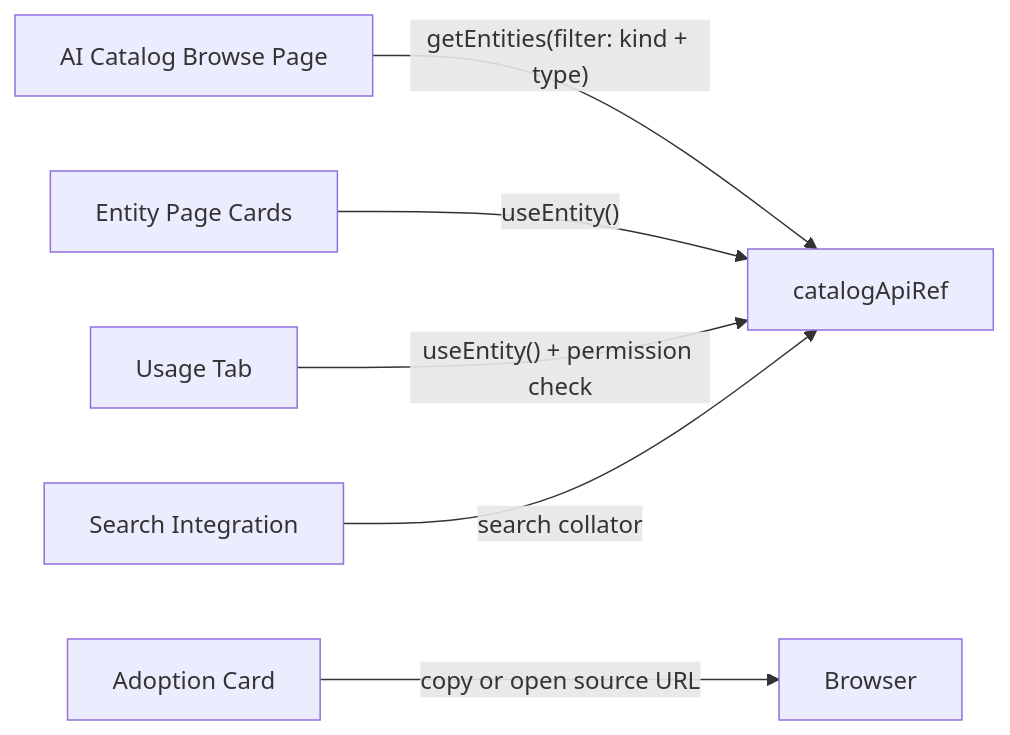
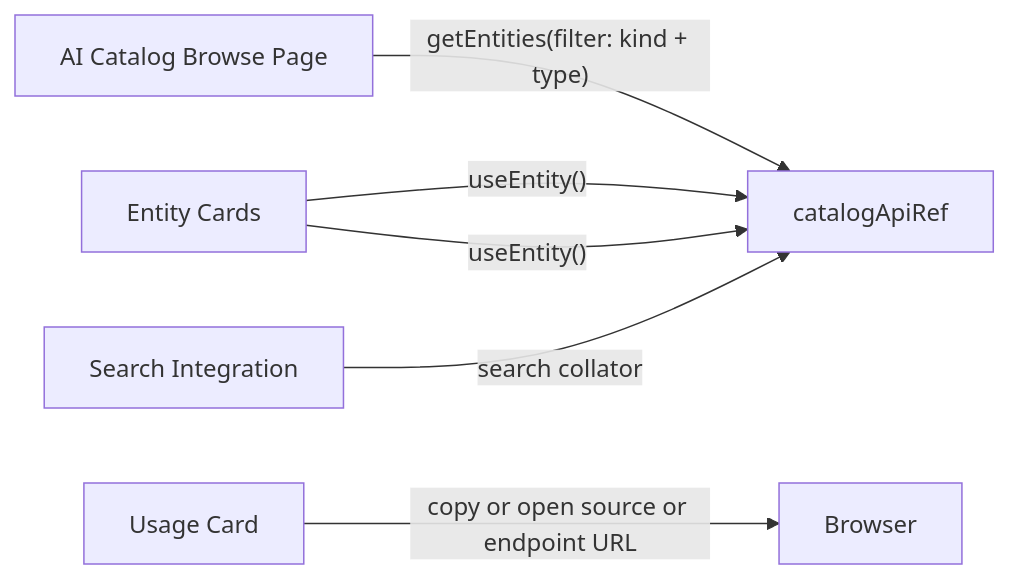
Before and after one commit to redhat-developer/rhdh-plugins: the first of 2 diagrams in workspaces/boost/specifications/boost-frontend-architecture.md, drawn with Mermaid. The commit also changed other lines of this file and 10 other files, not shown here.

````diff
--- a/workspaces/boost/specifications/boost-frontend-architecture.md
+++ b/workspaces/boost/specifications/boost-frontend-architecture.md
@@ -101,8 +100,8 @@
 ```mermaid
 flowchart LR
   BrowsePage[AI Catalog Browse Page] -->|"getEntities(filter: kind + type)"| CatalogAPI[catalogApiRef]
   EntityCards[Entity Page Cards] -->|"useEntity()"| CatalogAPI
-  UsageTab[Usage Tab] -->|"useEntity() + permission check"| CatalogAPI
-  AdoptionCard[Adoption Card] -->|"copy or open source URL"| Browser[Browser]
+  EntityCards[Entity Cards] -->|"useEntity()"| CatalogAPI
+  UsageCard[Usage Card] -->|"copy or open source or endpoint URL"| Browser[Browser]
   GlobalSearch[Search Integration] -->|"search collator"| CatalogAPI
 ```
````
